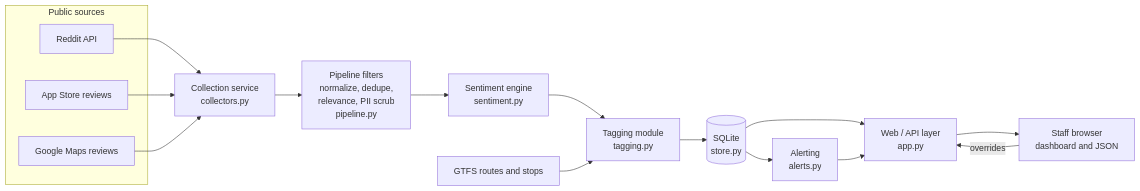
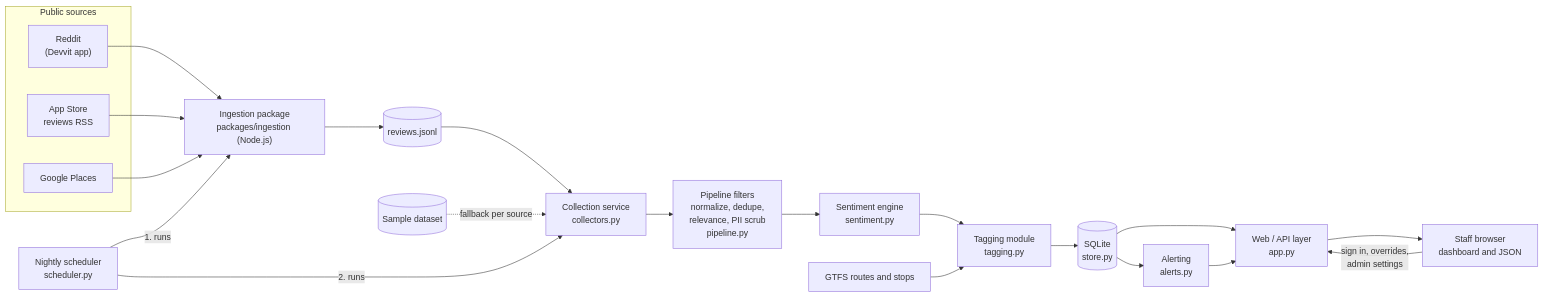
Before and after one commit to sspen094/SEG4109_Group_9: the diagram in docs/ARCHITECTURE.md, drawn with Mermaid. The commit also changed other lines of this file and 2 other files, not shown here.

Commit message:
docs: document running the app, live collection and the new components

````diff
--- a/docs/ARCHITECTURE.md
+++ b/docs/ARCHITECTURE.md
@@ -8,22 +8,28 @@
 ```mermaid
 flowchart LR
     subgraph Sources["Public sources"]
-        R["Reddit API"]
-        AS["App Store reviews"]
-        GM["Google Maps reviews"]
+        R["Reddit<br/>(Devvit app)"]
+        AS["App Store<br/>reviews RSS"]
+        GM["Google Places"]
     end
     GTFS["GTFS routes and stops"]
-    R --> C["Collection service<br/>collectors.py"]
-    AS --> C
-    GM --> C
+    SCH["Nightly scheduler<br/>scheduler.py"]
+    R --> ING["Ingestion package<br/>packages/ingestion (Node.js)"]
+    AS --> ING
+    GM --> ING
+    SCH -- "1. runs" --> ING
+    ING --> J[("reviews.jsonl")]
+    J --> C["Collection service<br/>collectors.py"]
+    SAMPLE[("Sample dataset")] -. "fallback per source" .-> C
+    SCH -- "2. runs" --> C
     C --> P["Pipeline filters<br/>normalize, dedupe,<br/>relevance, PII scrub<br/>pipeline.py"]
     P --> S["Sentiment engine<br/>sentiment.py"]
     S --> T["Tagging module<br/>tagging.py"]
     GTFS --> T
     T --> DB[("SQLite<br/>store.py")]
     DB --> AL["Alerting<br/>alerts.py"]
     DB --> W["Web / API layer<br/>app.py"]
     AL --> W
     W --> U["Staff browser<br/>dashboard and JSON"]
-    U -- "overrides" --> W
+    U -- "sign in, overrides,<br/>admin settings" --> W
 ```
````
